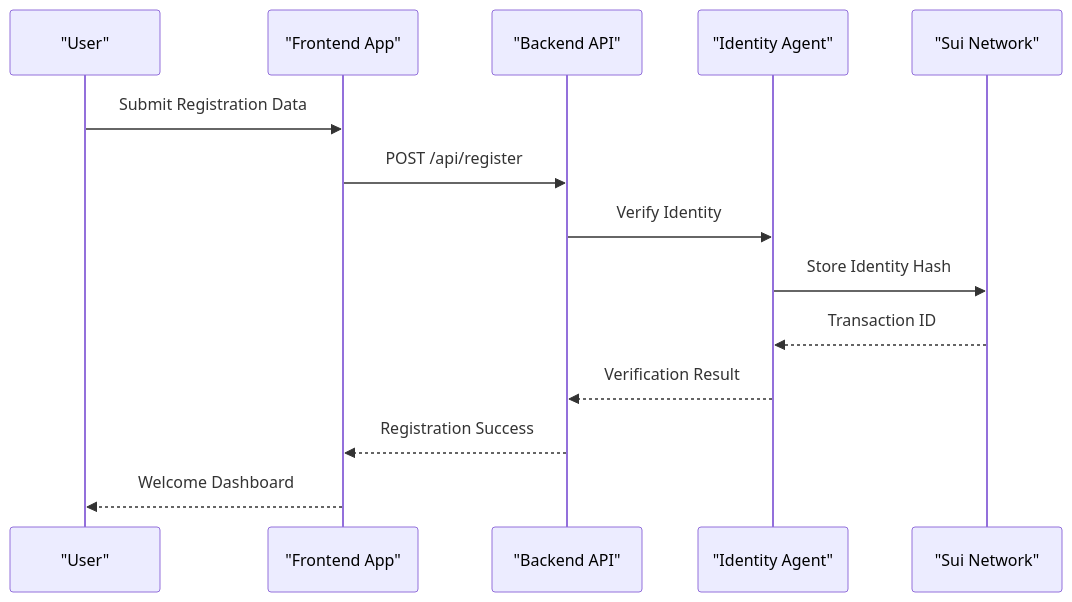
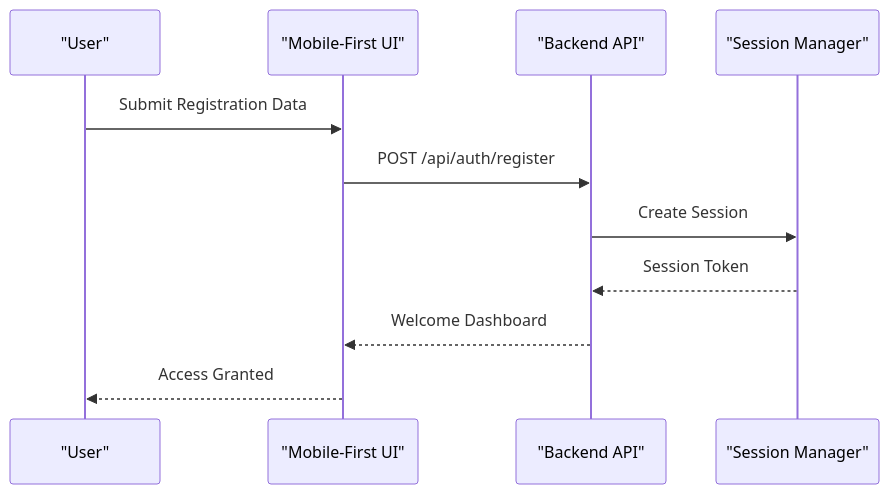
Before and after one commit to hieudepoet/Insurix: the second of 6 diagrams in .qoder/repowiki/en/content/Deployment Guide/Demo Walkthrough Guide.md, drawn with Mermaid. The commit also changed other lines of this file and 63 other files, not shown here.

````diff
--- a/.qoder/repowiki/en/content/Deployment Guide/Demo Walkthrough Guide.md
+++ b/.qoder/repowiki/en/content/Deployment Guide/Demo Walkthrough Guide.md
@@ -168,16 +159,13 @@
 ```mermaid
 sequenceDiagram
 participant User as "User"
-participant Frontend as "Frontend App"
+participant Frontend as "Mobile-First UI"
 participant Backend as "Backend API"
-participant IdentityAgent as "Identity Agent"
-participant Blockchain as "Sui Network"
+participant Session as "Session Manager"
 User->>Frontend : Submit Registration Data
-Frontend->>Backend : POST /api/register
-Backend->>IdentityAgent : Verify Identity
-IdentityAgent->>Blockchain : Store Identity Hash
-Blockchain-->>IdentityAgent : Transaction ID
-IdentityAgent-->>Backend : Verification Result
-Backend-->>Frontend : Registration Success
-Frontend-->>User : Welcome Dashboard
+Frontend->>Backend : POST /api/auth/register
+Backend->>Session : Create Session
+Session-->>Backend : Session Token
+Backend-->>Frontend : Welcome Dashboard
+Frontend-->>User : Access Granted
 ```
````
